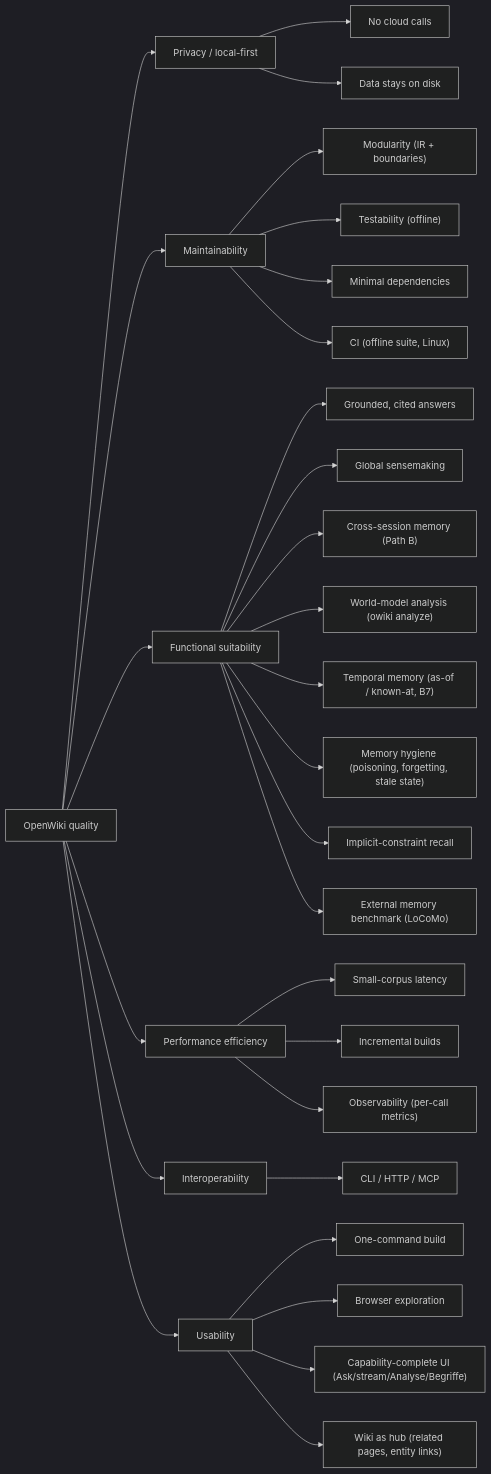
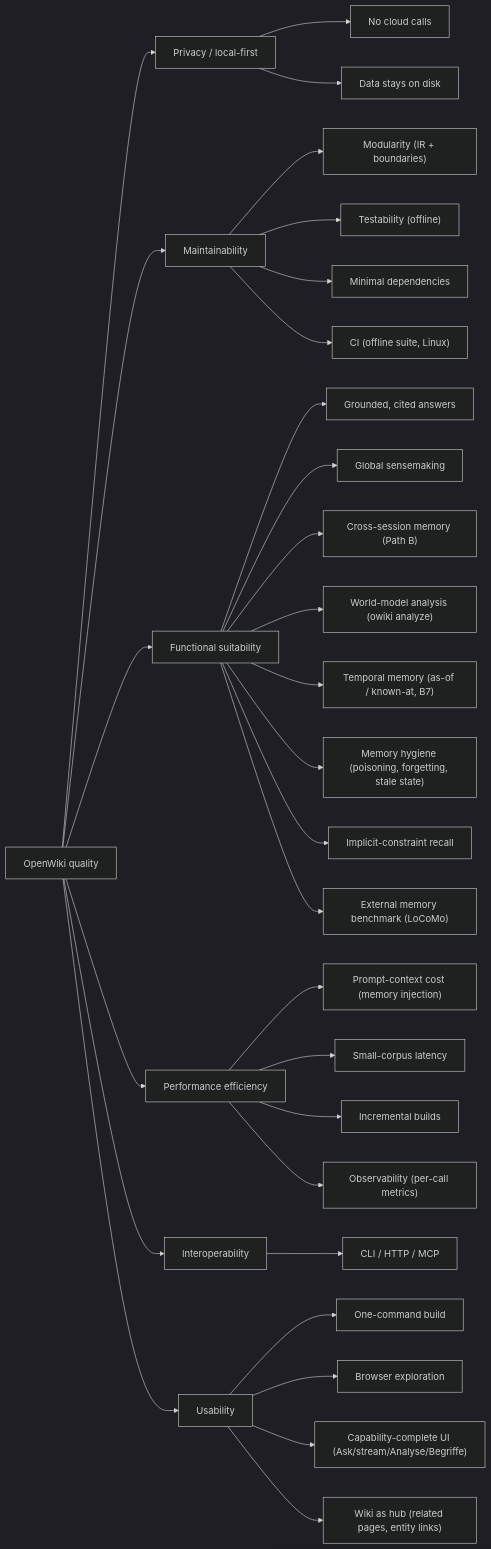
Before and after one commit to Neuroant/OpenWiki: the diagram in docs/arc42/10-quality-requirements.md, drawn with Mermaid (dark theme). The commit also changed other lines of this file and 7 other files, not shown here.

````diff
--- a/docs/arc42/10-quality-requirements.md
+++ b/docs/arc42/10-quality-requirements.md
@@ -8,21 +8,22 @@
 ```mermaid
 flowchart LR
   Q["OpenWiki quality"]
   Q --> P["Privacy / local-first"]
   Q --> M["Maintainability"]
   Q --> F["Functional suitability"]
   Q --> E["Performance efficiency"]
   Q --> I["Interoperability"]
   Q --> U["Usability"]
   P --> P1["No cloud calls"] & P2["Data stays on disk"]
   M --> M1["Modularity (IR + boundaries)"] & M2["Testability (offline)"] & M3["Minimal dependencies"]
   F --> F1["Grounded, cited answers"] & F2["Global sensemaking"] & F3["Cross-session memory (Path B)"]
   F --> F4["World-model analysis (owiki analyze)"] & F5["Temporal memory (as-of / known-at, B7)"]
   F --> F6["Memory hygiene (poisoning, forgetting, stale state)"] & F7["Implicit-constraint recall"]
   F --> F8["External memory benchmark (LoCoMo)"]
+  E --> E4["Prompt-context cost (memory injection)"]
   E --> E1["Small-corpus latency"] & E2["Incremental builds"] & E3["Observability (per-call metrics)"]
   M --> M4["CI (offline suite, Linux)"]
   I --> I1["CLI / HTTP / MCP"]
   U --> U1["One-command build"] & U2["Browser exploration"] & U3["Capability-complete UI (Ask/stream/Analyse/Begriffe)"]
   U --> U4["Wiki as hub (related pages, entity links)"]
 ```
````
